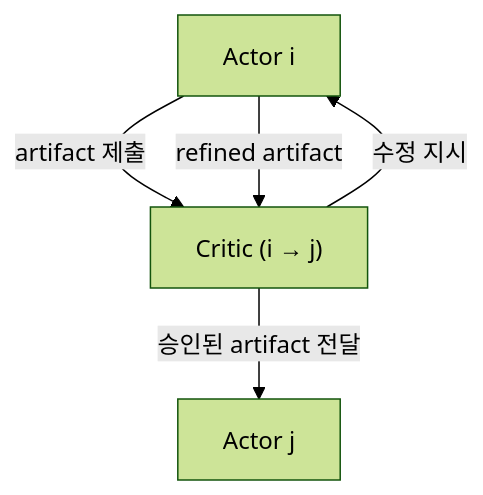
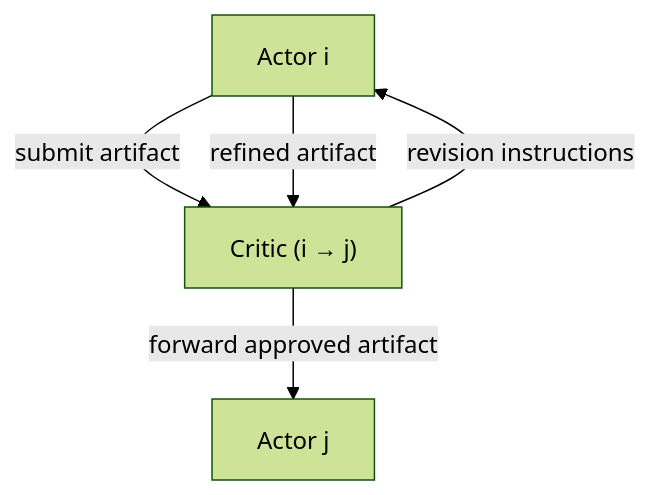
The diagram in content/en/Review Scaling Large Language Model-based Multi-Agent Collaboration.md (GoBeromsu/Quartaz), drawn with Mermaid (forest theme) before and after one commit. The commit also changed other lines of this file, not shown here.

````diff
--- a/content/en/Review Scaling Large Language Model-based Multi-Agent Collaboration.md
+++ b/content/en/Review Scaling Large Language Model-based Multi-Agent Collaboration.md
@@ -46,11 +46,11 @@
 ```mermaid
 flowchart TD
     Ai["Actor i"]
     Cij["Critic (i → j)"]
     Aj["Actor j"]
 
-    Ai -->|artifact 제출| Cij
-    Cij -->|수정 지시| Ai
+    Ai -->|submit artifact| Cij
+    Cij -->|revision instructions| Ai
     Ai -->|refined artifact| Cij
-    Cij -->|승인된 artifact 전달| Aj
+    Cij -->|forward approved artifact| Aj
 ```
````
